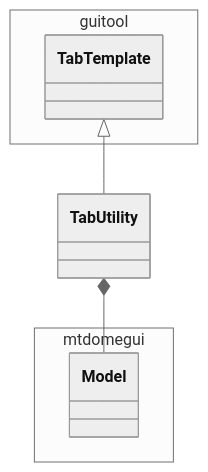
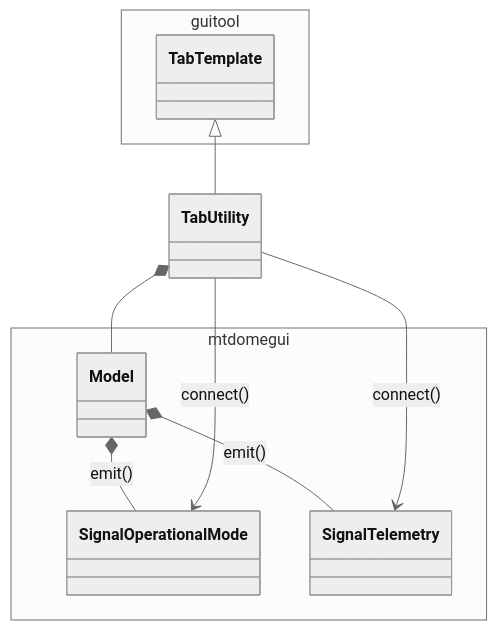
Before and after one commit to lsst-ts/ts_mtdomegui: the diagram in doc/uml/tab/class_tab_utility.mmd, drawn with Mermaid (neutral theme). The commit also changed 11 other files, not shown here.

```diff
--- a/doc/uml/tab/class_tab_utility.mmd
+++ b/doc/uml/tab/class_tab_utility.mmd
@@ -1,13 +1,20 @@
 classDiagram
 
 namespace guitool {
   class TabTemplate
 }
 
 namespace mtdomegui {
   class Model
+  class SignalOperationalMode
+  class SignalTelemetry
 }
+
+Model *-- SignalOperationalMode : emit()
+Model *-- SignalTelemetry : emit()
 
 TabTemplate <|-- TabUtility
 
 TabUtility *-- Model
+TabUtility --> SignalOperationalMode : connect()
+TabUtility --> SignalTelemetry : connect()
```
